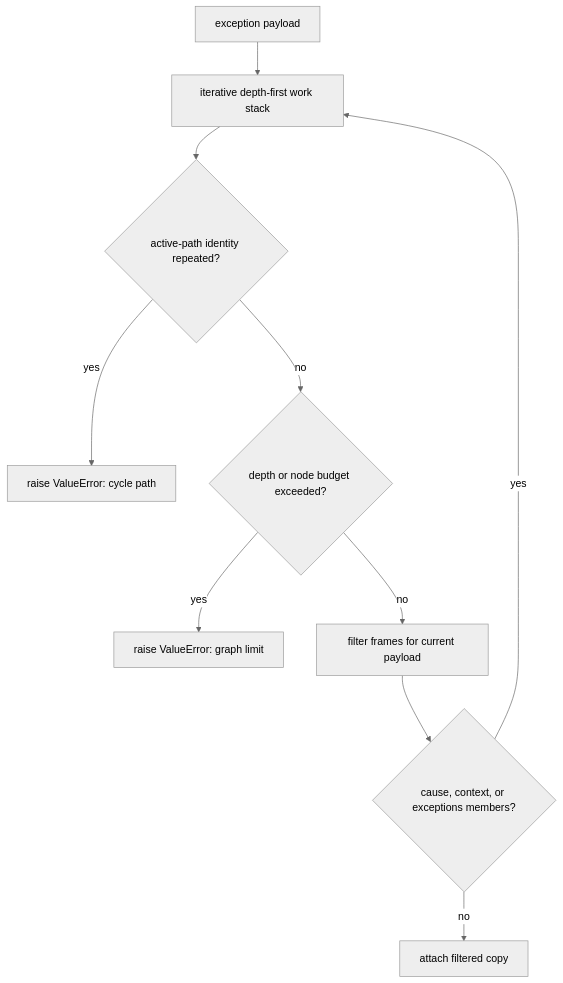
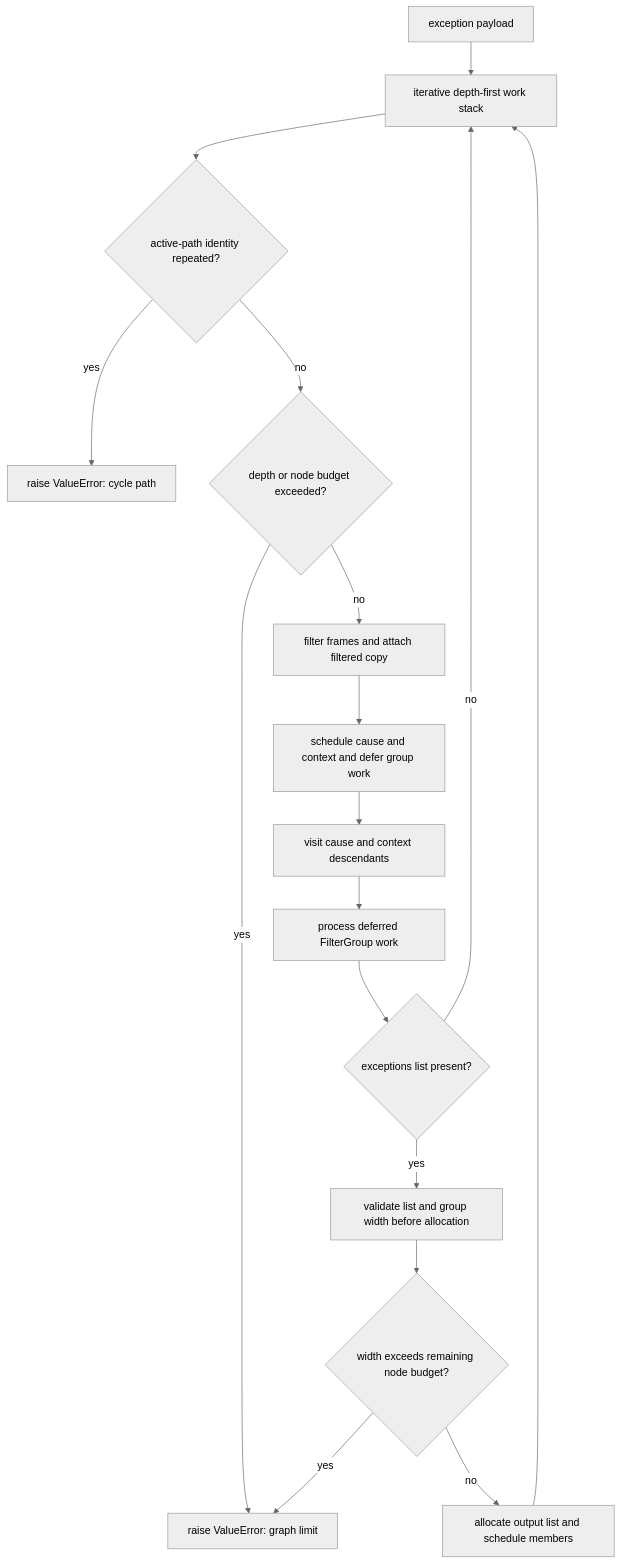
The second of 3 diagrams in docs/frame-filtering-design.md (leynos/femtologging), drawn with Mermaid (neutral theme) before and after one commit. The commit also changed other lines of this file and 1 other file, not shown here.

First line of the commit message:
Cover malformed exception graph edges

````diff
--- a/docs/frame-filtering-design.md
+++ b/docs/frame-filtering-design.md
@@ -105,19 +105,26 @@
 ```mermaid
 flowchart TD
     accTitle: Exception payload graph traversal
     accDescr {
-      An iterative depth-first work stack checks active-path identity and graph
-      budgets before filtering each payload. Cycles and exceeded limits raise
-      ValueError. Exception-group width is checked before allocating its output
-      list.
+      Each Enter work item checks active-path identity and graph budgets before
+      filtering and attaching a payload copy. A deferred FilterGroup item checks
+      exception-list width before allocating its output list or scheduling
+      members. Cycles and exceeded limits raise ValueError.
     }
     A[exception payload] --> B[iterative depth-first work stack]
     B --> C{active-path identity repeated?}
     C -->|yes| D[raise ValueError: cycle path]
     C -->|no| E{depth or node budget exceeded?}
     E -->|yes| F[raise ValueError: graph limit]
-    E -->|no| G[filter frames for current payload]
-    G --> H{cause, context, or exceptions members?}
-    H -->|yes| B
-    H -->|no| I[attach filtered copy]
+    E -->|no| G[filter frames and attach filtered copy]
+    G --> H[schedule cause and context and defer group work]
+    H --> I[visit cause and context descendants]
+    I --> J[process deferred FilterGroup work]
+    J --> K{exceptions list present?}
+    K -->|no| B
+    K -->|yes| L[validate list and group width before allocation]
+    L --> M{width exceeds remaining node budget?}
+    M -->|yes| F
+    M -->|no| N[allocate output list and schedule members]
+    N --> B
 ```
````
